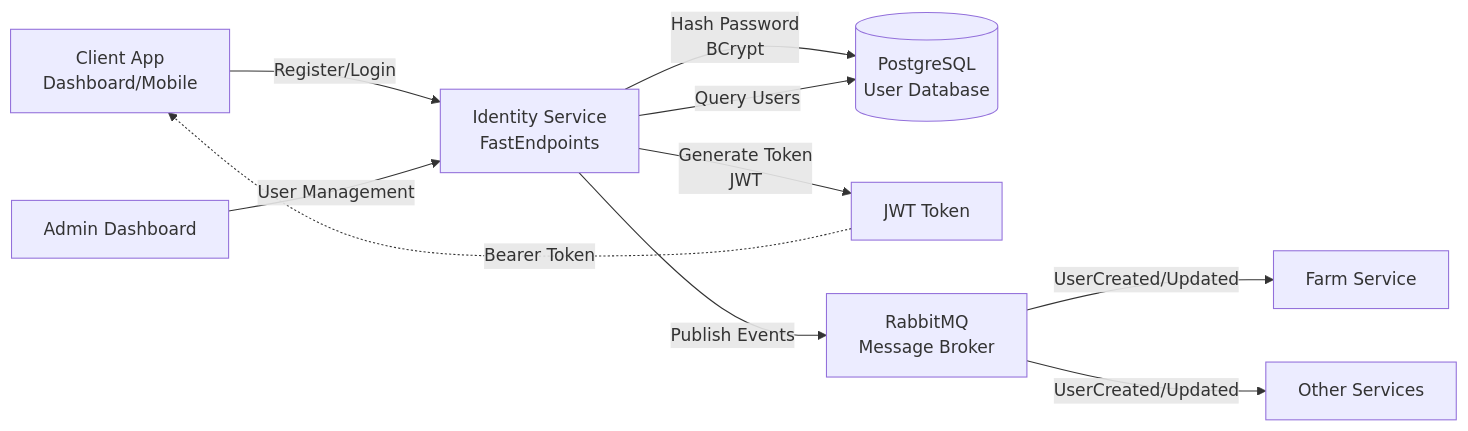
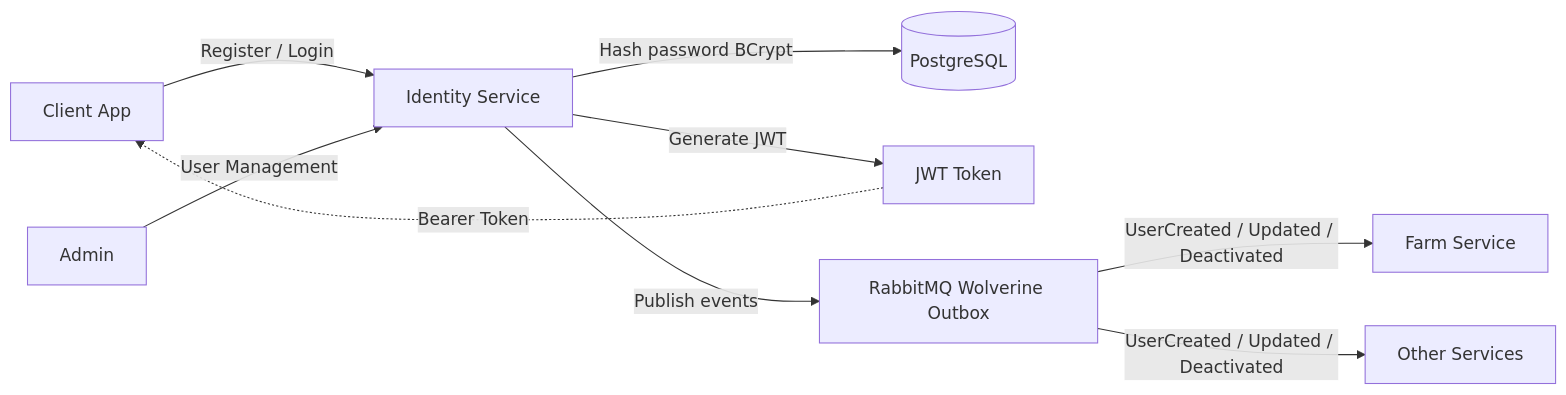
Before and after one commit to rdpresser/tc-agro-identity-service: the first of 3 diagrams in README.md, drawn with Mermaid. The commit also changed other lines of this file, not shown here.

````diff
--- a/README.md
+++ b/README.md
@@ -47,12 +43,11 @@
 ```mermaid
 graph LR
-    A[Client App<br/>Dashboard/Mobile] -->|Register/Login| B[Identity Service<br/>FastEndpoints]
-    B -->|Hash Password<br/>BCrypt| C[(PostgreSQL<br/>User Database)]
-    B -->|Generate Token<br/>JWT| D[JWT Token]
+    A[Client App] -->|Register / Login| B[Identity Service]
+    B -->|Hash password BCrypt| C[(PostgreSQL)]
+    B -->|Generate JWT| D[JWT Token]
     D -.Bearer Token.-> A
-    B -->|Publish Events| E[RabbitMQ<br/>Message Broker]
-    E -->|UserCreated/Updated| F[Farm Service]
-    E -->|UserCreated/Updated| G[Other Services]
-    B -->|Query Users| C
-    H[Admin Dashboard] -->|User Management| B
+    B -->|Publish events| E[RabbitMQ Wolverine Outbox]
+    E -->|UserCreated / Updated / Deactivated| F[Farm Service]
+    E -->|UserCreated / Updated / Deactivated| G[Other Services]
+    H[Admin] -->|User Management| B
 ```
````
